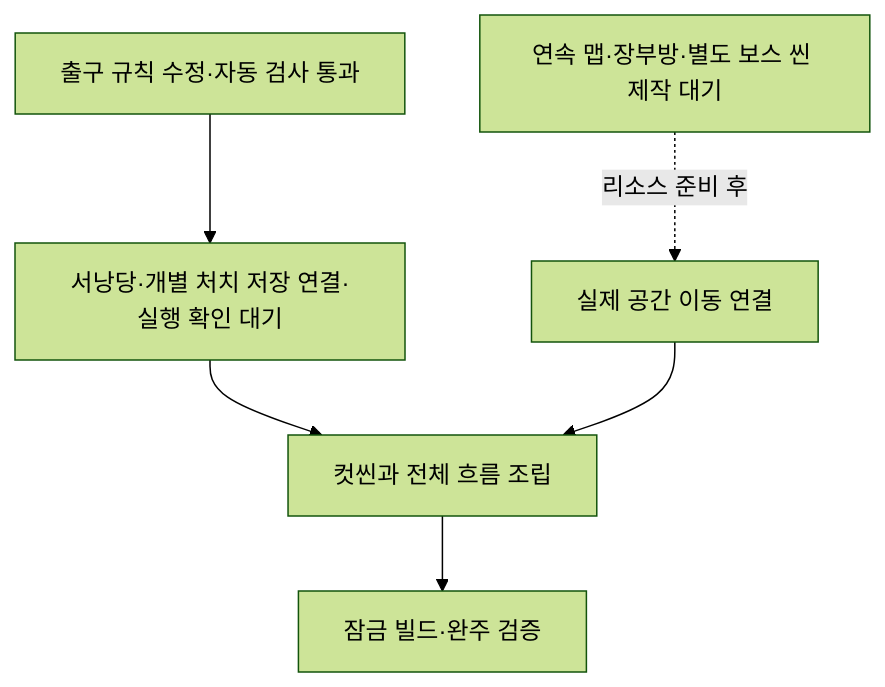
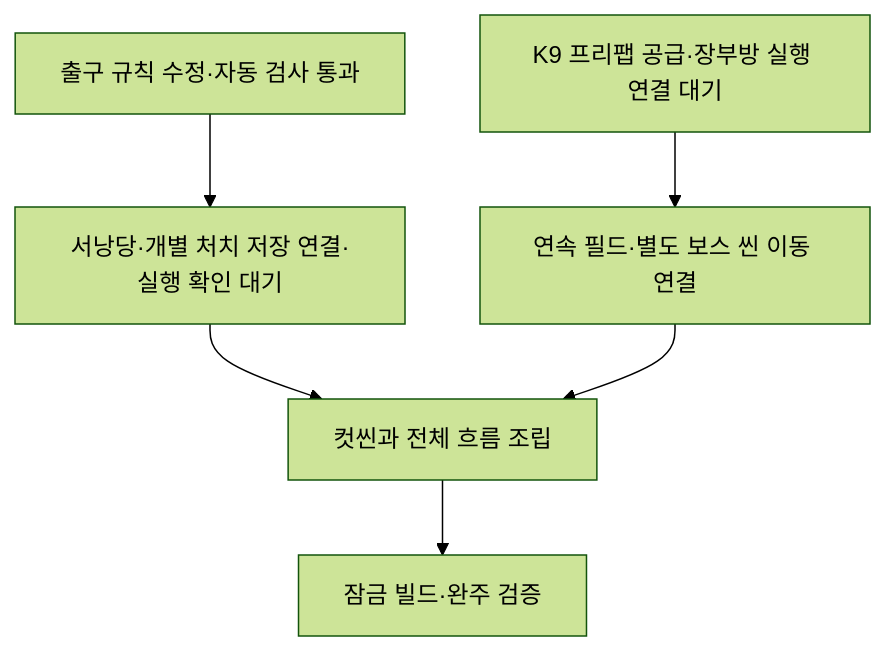
One commit to lkhwcf-arch/Human_Ghost- changed the first of 5 diagrams in Docs/개발자용 설계문서/현재 구현과 검증 현황.md. Above: the diagram before and after it, drawn with Mermaid (forest theme). The commit also changed other lines of this file and 12 other files, not shown here.

````diff
--- a/Docs/개발자용 설계문서/현재 구현과 검증 현황.md
+++ b/Docs/개발자용 설계문서/현재 구현과 검증 현황.md
@@ -11,8 +13,8 @@
 ```mermaid
 flowchart TD
     A[출구 규칙 수정·자동 검사 통과] --> B[서낭당·개별 처치 저장 연결·실행 확인 대기]
-    C[연속 맵·장부방·별도 보스 씬 제작 대기] -.리소스 준비 후.-> D[실제 공간 이동 연결]
+    C[K9 프리팹 공급·장부방 실행 연결 대기] --> D[연속 필드·별도 보스 씬 이동 연결]
     B --> E[컷씬과 전체 흐름 조립]
     D --> E
     E --> F[잠금 빌드·완주 검증]
 ```
````
